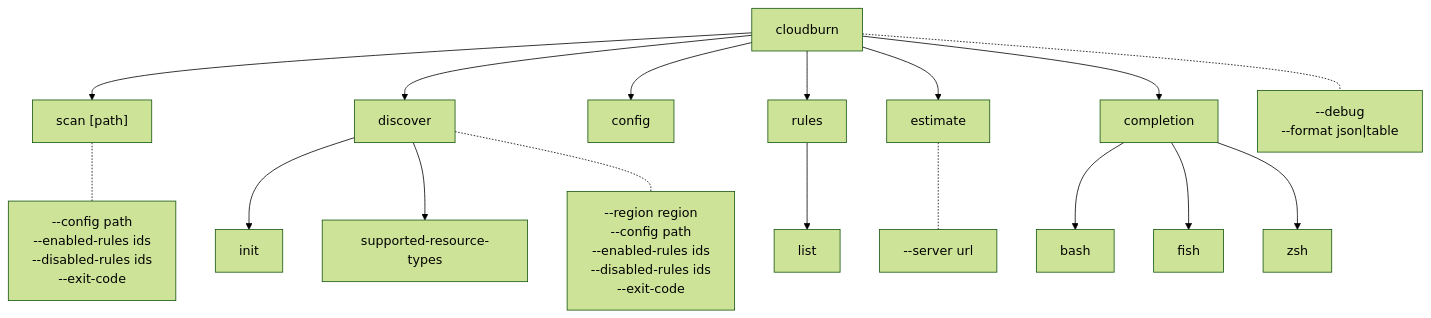
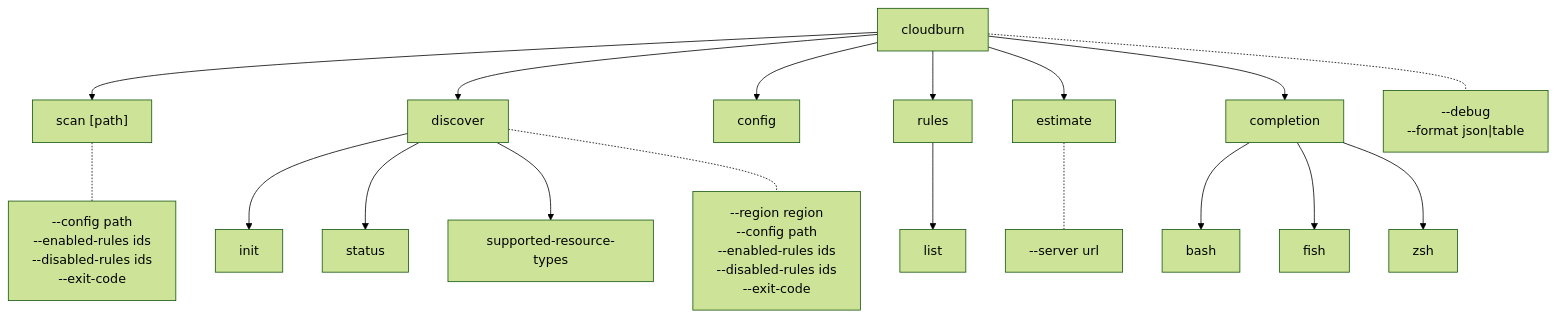
Before and after one commit to towardsthecloud/cloudburn: the first of 2 diagrams in docs/architecture/cli.md, drawn with Mermaid (forest theme). The commit also changed other lines of this file and 10 other files, not shown here.

````diff
--- a/docs/architecture/cli.md
+++ b/docs/architecture/cli.md
@@ -5,20 +5,21 @@
 ```mermaid
 graph TD
   Root["cloudburn"] --> Scan["scan [path]"]
   Root --> Discover["discover"]
   Root --> Config["config"]
   Root --> Rules["rules"]
   Root --> Estimate["estimate"]
   Root --> Completion["completion"]
   Rules --> RulesList["list"]
   Discover --> DiscoverInit["init"]
+  Discover --> DiscoverStatus["status"]
   Discover --> DiscoverTypes["supported-resource-types"]
   Completion --> CompletionBash["bash"]
   Completion --> CompletionFish["fish"]
   Completion --> CompletionZsh["zsh"]
 
   Root -.- RootFlags["--debug\n--format json|table"]
   Scan -.- ScanFlags["--config path\n--enabled-rules ids\n--disabled-rules ids\n--exit-code"]
   Discover -.- DiscoverFlags["--region region\n--config path\n--enabled-rules ids\n--disabled-rules ids\n--exit-code"]
   Estimate -.- EstimateFlags["--server url"]
 ```
````
